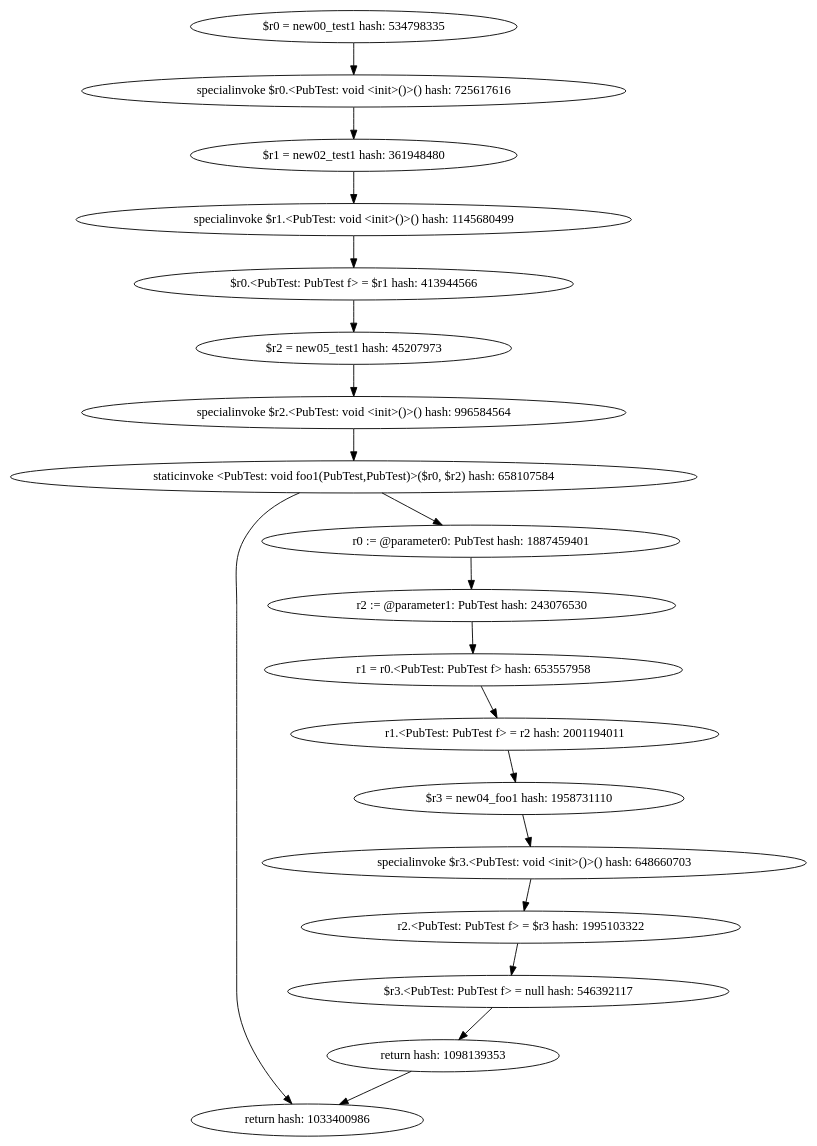
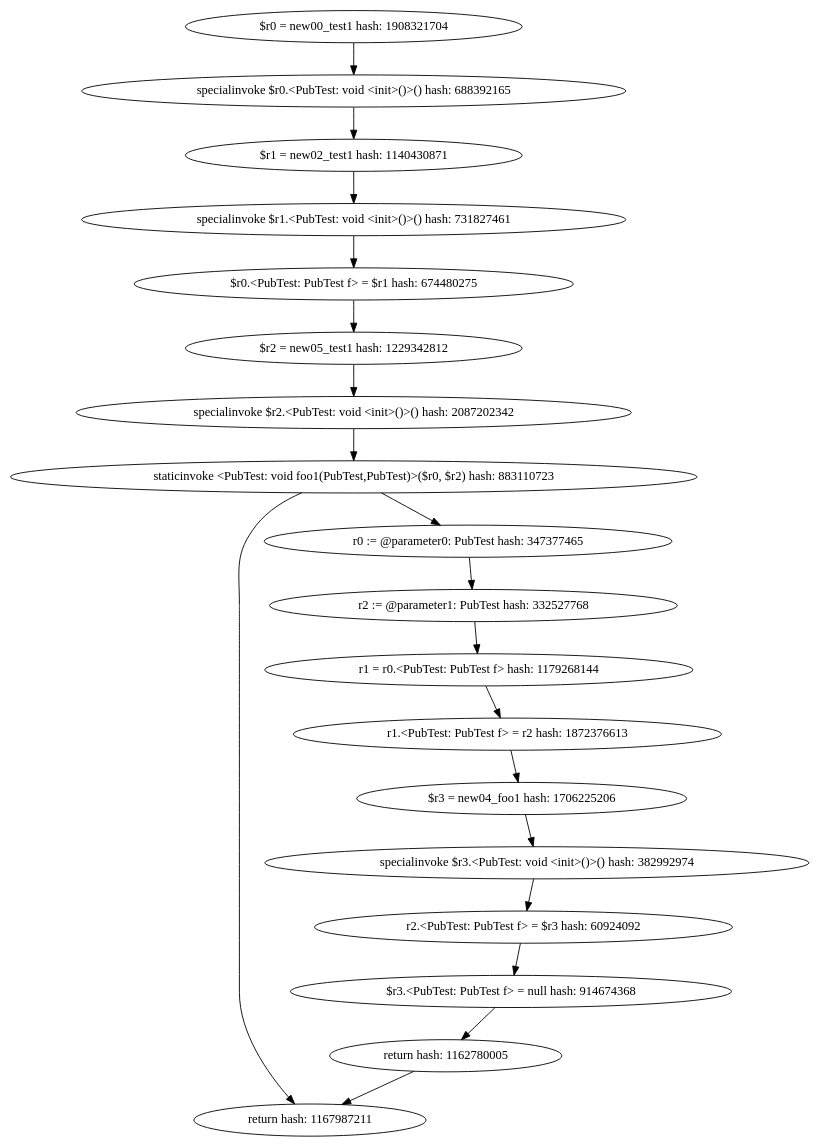
One commit to khushit-shah/PointsToAnalysisJava changed the diagram in target1-pub/PubTest.test1.intra.debug.dot. Above: the diagram before and after it, drawn with Graphviz. The commit also changed 94 other files, not shown here.

```diff
--- a/target1-pub/PubTest.test1.intra.debug.dot
+++ b/target1-pub/PubTest.test1.intra.debug.dot
@@ -1,38 +1,38 @@
 digraph "./target1-pub/PubTest.test1.intra.debug" {
-    "$r0 = new00_test1 hash: 534798335";
-    "specialinvoke $r0.<PubTest: void <init>()>() hash: 725617616";
-    "$r1 = new02_test1 hash: 361948480";
-    "specialinvoke $r1.<PubTest: void <init>()>() hash: 1145680499";
-    "$r0.<PubTest: PubTest f> = $r1 hash: 413944566";
-    "$r2 = new05_test1 hash: 45207973";
-    "specialinvoke $r2.<PubTest: void <init>()>() hash: 996584564";
-    "staticinvoke <PubTest: void foo1(PubTest,PubTest)>($r0, $r2) hash: 658107584";
-    "return hash: 1033400986";
-    "r0 := @parameter0: PubTest hash: 1887459401";
-    "r2 := @parameter1: PubTest hash: 243076530";
-    "r1 = r0.<PubTest: PubTest f> hash: 653557958";
-    "r1.<PubTest: PubTest f> = r2 hash: 2001194011";
-    "$r3 = new04_foo1 hash: 1958731110";
-    "specialinvoke $r3.<PubTest: void <init>()>() hash: 648660703";
-    "r2.<PubTest: PubTest f> = $r3 hash: 1995103322";
-    "$r3.<PubTest: PubTest f> = null hash: 546392117";
-    "return hash: 1098139353";
-    "$r0 = new00_test1 hash: 534798335"->"specialinvoke $r0.<PubTest: void <init>()>() hash: 725617616";
-    "specialinvoke $r0.<PubTest: void <init>()>() hash: 725617616"->"$r1 = new02_test1 hash: 361948480";
-    "$r1 = new02_test1 hash: 361948480"->"specialinvoke $r1.<PubTest: void <init>()>() hash: 1145680499";
-    "specialinvoke $r1.<PubTest: void <init>()>() hash: 1145680499"->"$r0.<PubTest: PubTest f> = $r1 hash: 413944566";
-    "$r0.<PubTest: PubTest f> = $r1 hash: 413944566"->"$r2 = new05_test1 hash: 45207973";
-    "$r2 = new05_test1 hash: 45207973"->"specialinvoke $r2.<PubTest: void <init>()>() hash: 996584564";
-    "specialinvoke $r2.<PubTest: void <init>()>() hash: 996584564"->"staticinvoke <PubTest: void foo1(PubTest,PubTest)>($r0, $r2) hash: 658107584";
-    "staticinvoke <PubTest: void foo1(PubTest,PubTest)>($r0, $r2) hash: 658107584"->"return hash: 1033400986";
-    "staticinvoke <PubTest: void foo1(PubTest,PubTest)>($r0, $r2) hash: 658107584"->"r0 := @parameter0: PubTest hash: 1887459401";
-    "r0 := @parameter0: PubTest hash: 1887459401"->"r2 := @parameter1: PubTest hash: 243076530";
-    "r2 := @parameter1: PubTest hash: 243076530"->"r1 = r0.<PubTest: PubTest f> hash: 653557958";
-    "r1 = r0.<PubTest: PubTest f> hash: 653557958"->"r1.<PubTest: PubTest f> = r2 hash: 2001194011";
-    "r1.<PubTest: PubTest f> = r2 hash: 2001194011"->"$r3 = new04_foo1 hash: 1958731110";
-    "$r3 = new04_foo1 hash: 1958731110"->"specialinvoke $r3.<PubTest: void <init>()>() hash: 648660703";
-    "specialinvoke $r3.<PubTest: void <init>()>() hash: 648660703"->"r2.<PubTest: PubTest f> = $r3 hash: 1995103322";
-    "r2.<PubTest: PubTest f> = $r3 hash: 1995103322"->"$r3.<PubTest: PubTest f> = null hash: 546392117";
-    "$r3.<PubTest: PubTest f> = null hash: 546392117"->"return hash: 1098139353";
-    "return hash: 1098139353"->"return hash: 1033400986";
+    "$r0 = new00_test1 hash: 1908321704";
+    "specialinvoke $r0.<PubTest: void <init>()>() hash: 688392165";
+    "$r1 = new02_test1 hash: 1140430871";
+    "specialinvoke $r1.<PubTest: void <init>()>() hash: 731827461";
+    "$r0.<PubTest: PubTest f> = $r1 hash: 674480275";
+    "$r2 = new05_test1 hash: 1229342812";
+    "specialinvoke $r2.<PubTest: void <init>()>() hash: 2087202342";
+    "staticinvoke <PubTest: void foo1(PubTest,PubTest)>($r0, $r2) hash: 883110723";
+    "return hash: 1167987211";
+    "r0 := @parameter0: PubTest hash: 347377465";
+    "r2 := @parameter1: PubTest hash: 332527768";
+    "r1 = r0.<PubTest: PubTest f> hash: 1179268144";
+    "r1.<PubTest: PubTest f> = r2 hash: 1872376613";
+    "$r3 = new04_foo1 hash: 1706225206";
+    "specialinvoke $r3.<PubTest: void <init>()>() hash: 382992974";
+    "r2.<PubTest: PubTest f> = $r3 hash: 60924092";
+    "$r3.<PubTest: PubTest f> = null hash: 914674368";
+    "return hash: 1162780005";
+    "$r0 = new00_test1 hash: 1908321704"->"specialinvoke $r0.<PubTest: void <init>()>() hash: 688392165";
+    "specialinvoke $r0.<PubTest: void <init>()>() hash: 688392165"->"$r1 = new02_test1 hash: 1140430871";
+    "$r1 = new02_test1 hash: 1140430871"->"specialinvoke $r1.<PubTest: void <init>()>() hash: 731827461";
+    "specialinvoke $r1.<PubTest: void <init>()>() hash: 731827461"->"$r0.<PubTest: PubTest f> = $r1 hash: 674480275";
+    "$r0.<PubTest: PubTest f> = $r1 hash: 674480275"->"$r2 = new05_test1 hash: 1229342812";
+    "$r2 = new05_test1 hash: 1229342812"->"specialinvoke $r2.<PubTest: void <init>()>() hash: 2087202342";
+    "specialinvoke $r2.<PubTest: void <init>()>() hash: 2087202342"->"staticinvoke <PubTest: void foo1(PubTest,PubTest)>($r0, $r2) hash: 883110723";
+    "staticinvoke <PubTest: void foo1(PubTest,PubTest)>($r0, $r2) hash: 883110723"->"r0 := @parameter0: PubTest hash: 347377465";
+    "staticinvoke <PubTest: void foo1(PubTest,PubTest)>($r0, $r2) hash: 883110723"->"return hash: 1167987211";
+    "r0 := @parameter0: PubTest hash: 347377465"->"r2 := @parameter1: PubTest hash: 332527768";
+    "r2 := @parameter1: PubTest hash: 332527768"->"r1 = r0.<PubTest: PubTest f> hash: 1179268144";
+    "r1 = r0.<PubTest: PubTest f> hash: 1179268144"->"r1.<PubTest: PubTest f> = r2 hash: 1872376613";
+    "r1.<PubTest: PubTest f> = r2 hash: 1872376613"->"$r3 = new04_foo1 hash: 1706225206";
+    "$r3 = new04_foo1 hash: 1706225206"->"specialinvoke $r3.<PubTest: void <init>()>() hash: 382992974";
+    "specialinvoke $r3.<PubTest: void <init>()>() hash: 382992974"->"r2.<PubTest: PubTest f> = $r3 hash: 60924092";
+    "r2.<PubTest: PubTest f> = $r3 hash: 60924092"->"$r3.<PubTest: PubTest f> = null hash: 914674368";
+    "$r3.<PubTest: PubTest f> = null hash: 914674368"->"return hash: 1162780005";
+    "return hash: 1162780005"->"return hash: 1167987211";
 }
```
